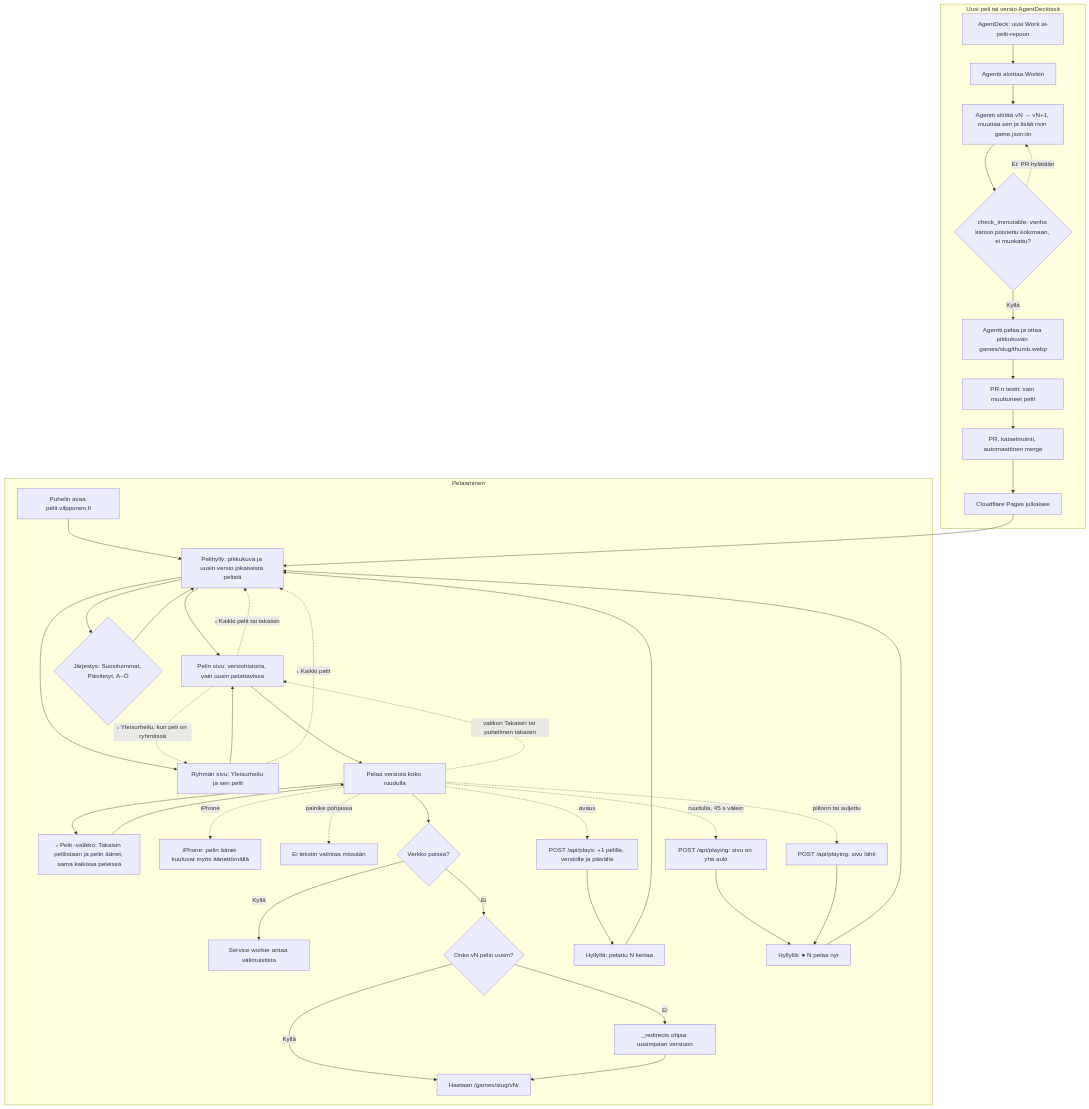
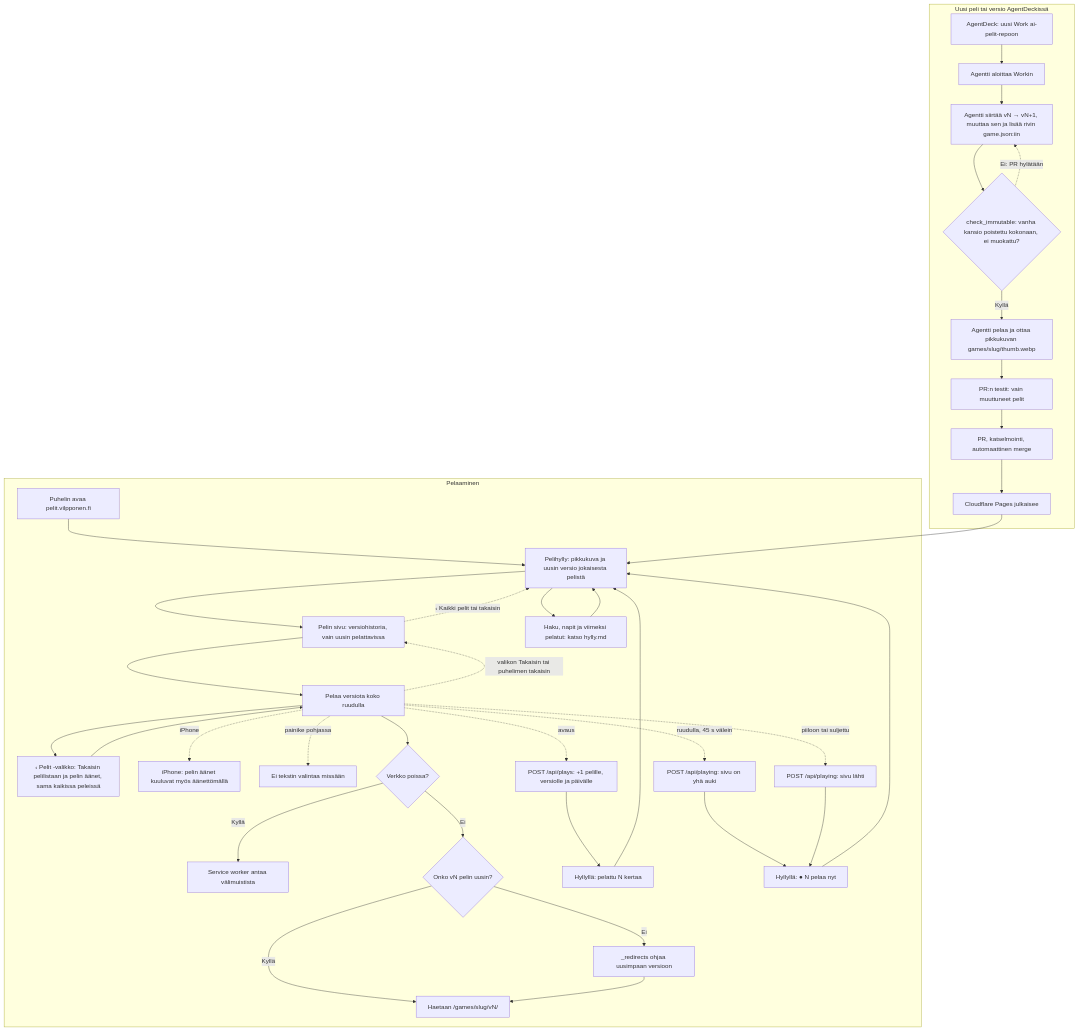
The diagram in docs/diagrams/ai-pelit.md (eerovil/ai-pelit), drawn with Mermaid before and after one commit. The commit also changed other lines of this file and 61 other files, not shown here.

````diff
--- a/docs/diagrams/ai-pelit.md
+++ b/docs/diagrams/ai-pelit.md
@@ -8,53 +8,49 @@
 ```mermaid
 flowchart TD
   subgraph Pelaaminen
     A[Puhelin avaa pelit.vilpponen.fi] --> B[Pelihylly: pikkukuva ja uusin versio jokaisesta pelistä]
     B --> C[Pelin sivu: versiohistoria, vain uusin pelattavissa]
-    B --> J{Järjestys: Suosituimmat, Päivitetyt, A–Ö}
+    B --> J[Haku, napit ja viimeksi pelatut: katso hylly.md]
     J --> B
-    B --> R[Ryhmän sivu: Yleisurheilu ja sen pelit]
-    R --> C
-    R -. ‹ Kaikki pelit .-> B
     C --> D[Pelaa versiota koko ruudulla]
     D -. valikon Takaisin tai puhelimen takaisin .-> C
     D --> V[‹ Pelit -valikko: Takaisin pelilistaan ja pelin äänet, sama kaikissa peleissä]
     V --> D
     D -. iPhone .-> S[iPhone: pelin äänet kuuluvat myös äänettömällä]
     D -. painike pohjassa .-> Z[Ei tekstin valintaa missään]
     C -. ‹ Kaikki pelit tai takaisin .-> B
-    C -. ‹ Yleisurheilu, kun peli on ryhmässä .-> R
     D --> E{Verkko poissa?}
     E -- Kyllä --> F[Service worker antaa välimuistista]
     E -- Ei --> VN{Onko vN pelin uusin?}
     VN -- Kyllä --> G[Haetaan /games/slug/vN/]
     VN -- Ei --> K[_redirects ohjaa uusimpaan versioon]
     K --> G
     D -. avaus .-> P[POST /api/plays: +1 pelille, versiolle ja päivälle]
     P --> Q[Hyllyllä: pelattu N kertaa]
     Q --> B
     D -. ruudulla, 45 s välein .-> W[POST /api/playing: sivu on yhä auki]
     D -. piiloon tai suljettu .-> X[POST /api/playing: sivu lähti]
     W --> Y[Hyllyllä: ● N pelaa nyt]
     X --> Y
     Y --> B
   end
   subgraph Uusi peli tai versio AgentDeckissä
     H[AgentDeck: uusi Work ai-pelit-repoon] --> L[Agentti aloittaa Workin]
     L --> M[Agentti siirtää vN → vN+1, muuttaa sen ja lisää rivin game.json:iin]
     M --> I{check_immutable: vanha kansio poistettu kokonaan, ei muokattu?}
     I -- Kyllä --> T
     I -. Ei: PR hylätään .-> M
     T[Agentti pelaa ja ottaa pikkukuvan games/slug/thumb.webp]
     T --> U[PR:n testit: vain muuttuneet pelit]
     U --> N[PR, katselmointi, automaattinen merge]
     N --> O[Cloudflare Pages julkaisee]
     O --> B
   end
-  class A,B,C,D,Q,R,S,V,Y,Z blue
-  class E,J,VN,I amber
+  class A,B,C,D,J,Q,S,V,Y,Z blue
+  class E,VN,I amber
   class F,G,K,P,W,X teal
   class H violet
   class L,M,T,N rose
   class U amber
   class O green
 ```
````
